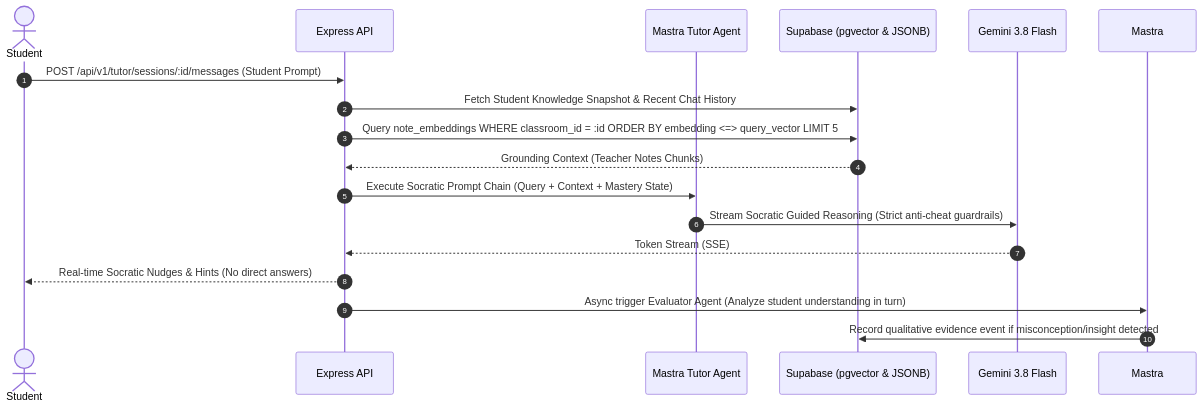
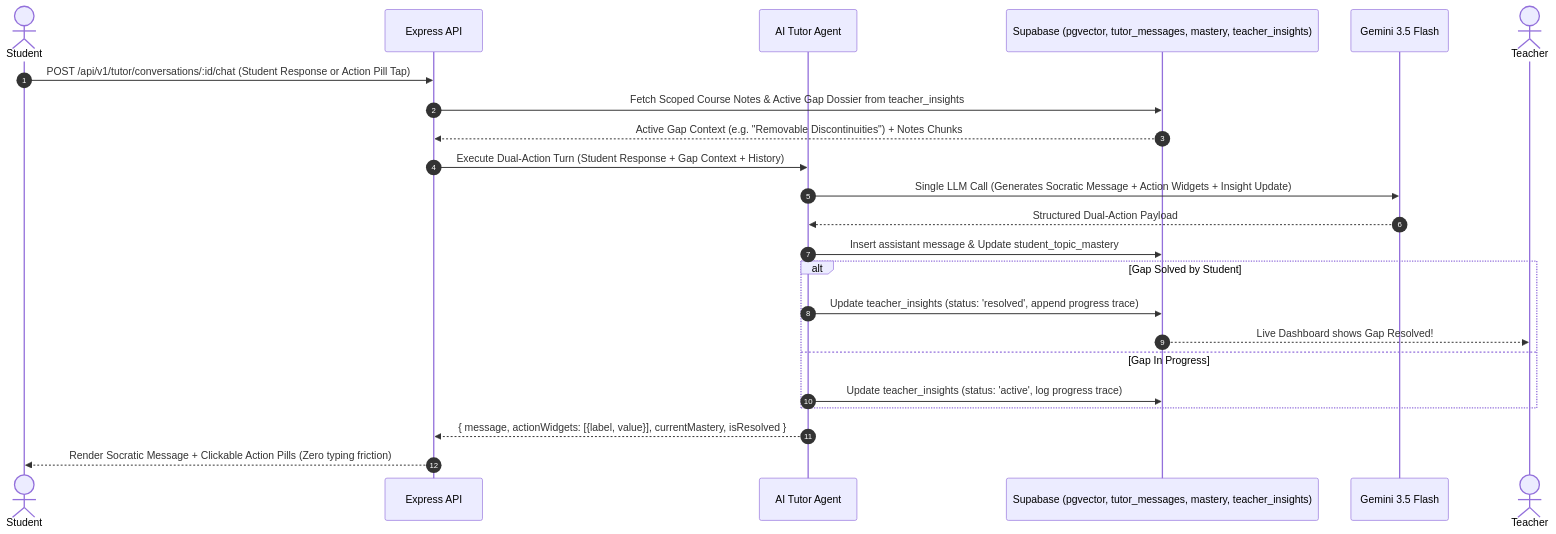
Before and after one commit to Srinanth/ThinkFirst: the second of 3 diagrams in docs/ARCHITECTURE.md, drawn with Mermaid. The commit also changed other lines of this file and 11 other files, not shown here.

Commit message:
feat(agents,tutor): implement collaborative gap diagnosis, interactive action widgets, and real-time teacher insights

````diff
--- a/docs/ARCHITECTURE.md
+++ b/docs/ARCHITECTURE.md
@@ -168,21 +168,26 @@
 ```mermaid
 sequenceDiagram
     autonumber
     actor Student
     participant API as Express API
-    participant TutorAgent as Mastra Tutor Agent
-    participant DB as Supabase (pgvector & JSONB)
-    participant Gemini as Gemini 3.8 Flash
+    participant TutorAgent as AI Tutor Agent
+    participant DB as Supabase (pgvector, tutor_messages, mastery, teacher_insights)
+    participant Gemini as Gemini 3.5 Flash
+    actor Teacher
 
-    Student->>API: POST /api/v1/tutor/sessions/:id/messages (Student Prompt)
-    API->>DB: Fetch Student Knowledge Snapshot & Recent Chat History
-    API->>DB: Query note_embeddings WHERE classroom_id = :id ORDER BY embedding <=> query_vector LIMIT 5
-    DB-->>API: Grounding Context (Teacher Notes Chunks)
-    API->>TutorAgent: Execute Socratic Prompt Chain (Query + Context + Mastery State)
-    TutorAgent->>Gemini: Stream Socratic Guided Reasoning (Strict anti-cheat guardrails)
-    Gemini-->>API: Token Stream (SSE)
-    API-->>Student: Real-time Socratic Nudges & Hints (No direct answers)
-    
-    API->>Mastra: Async trigger Evaluator Agent (Analyze student understanding in turn)
-    Mastra->>DB: Record qualitative evidence event if misconception/insight detected
+    Student->>API: POST /api/v1/tutor/conversations/:id/chat (Student Response or Action Pill Tap)
+    API->>DB: Fetch Scoped Course Notes & Active Gap Dossier from teacher_insights
+    DB-->>API: Active Gap Context (e.g. "Removable Discontinuities") + Notes Chunks
+    API->>TutorAgent: Execute Dual-Action Turn (Student Response + Gap Context + History)
+    TutorAgent->>Gemini: Single LLM Call (Generates Socratic Message + Action Widgets + Insight Update)
+    Gemini-->>TutorAgent: Structured Dual-Action Payload
+    TutorAgent->>DB: Insert assistant message & Update student_topic_mastery
+    alt Gap Solved by Student
+        TutorAgent->>DB: Update teacher_insights (status: 'resolved', append progress trace)
+        DB-->>Teacher: Live Dashboard shows Gap Resolved!
+    else Gap In Progress
+        TutorAgent->>DB: Update teacher_insights (status: 'active', log progress trace)
+    end
+    TutorAgent-->>API: { message, actionWidgets: [{label, value}], currentMastery, isResolved }
+    API-->>Student: Render Socratic Message + Clickable Action Pills (Zero typing friction)
 ```
````
